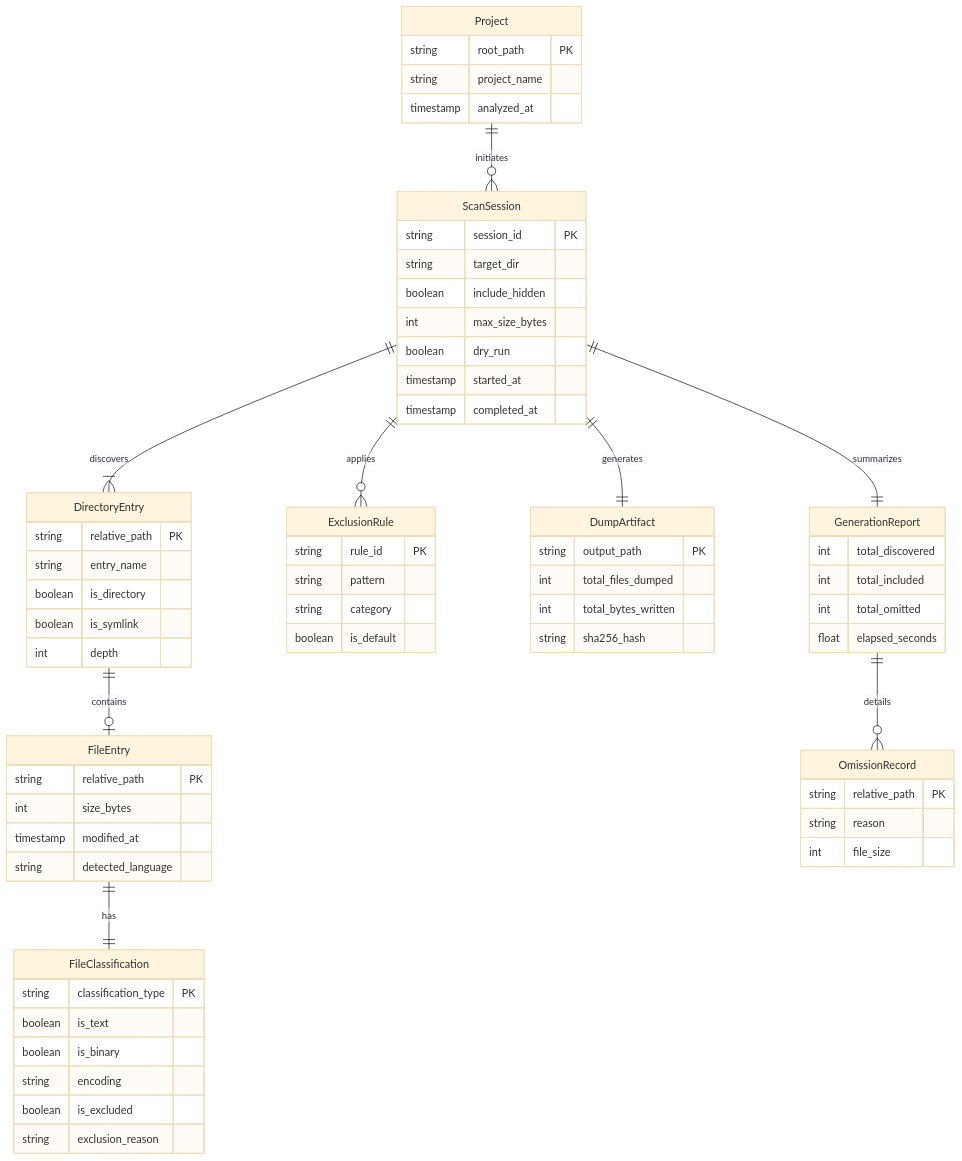
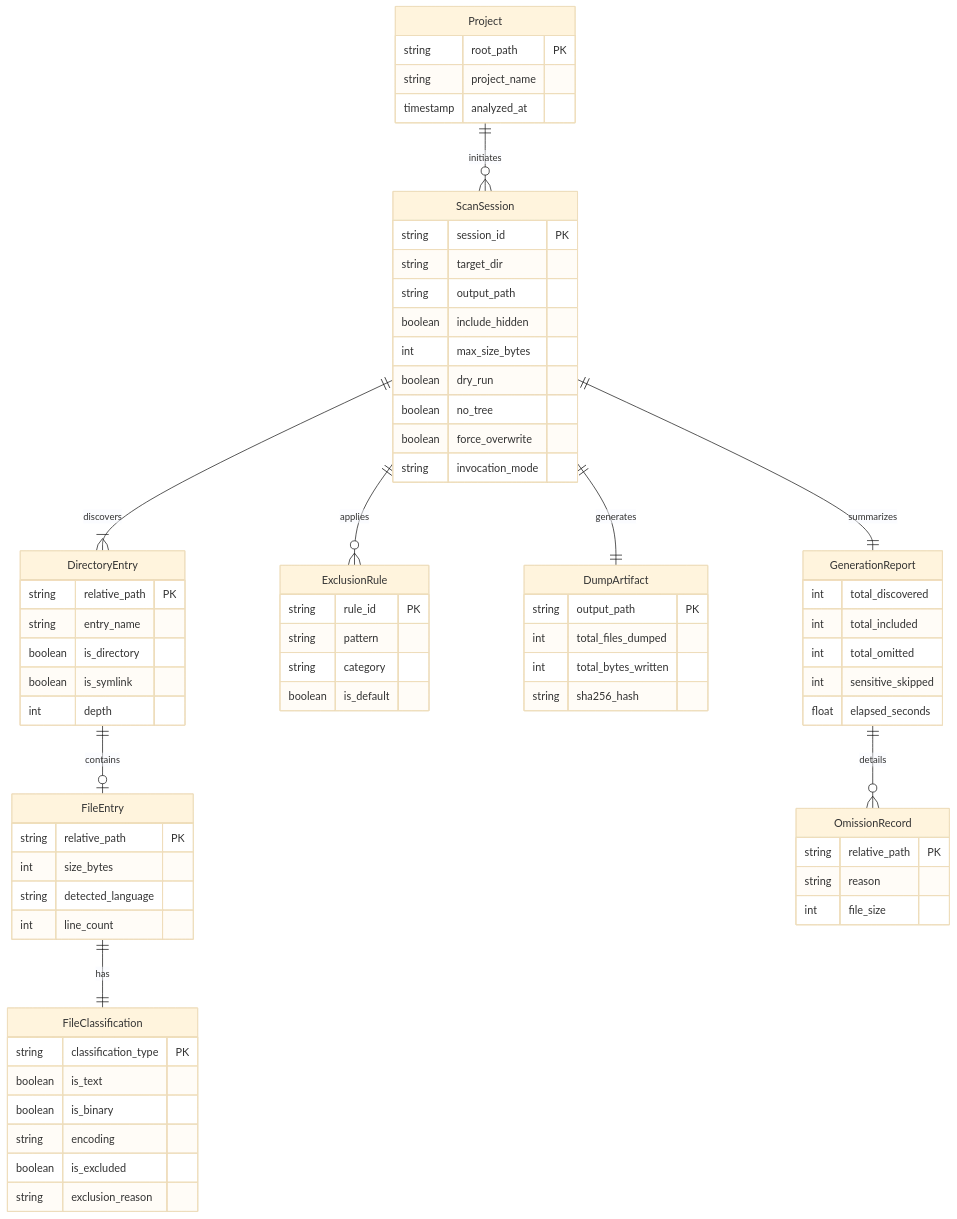
The first of 2 diagrams in docs/ERD.md (farhadakhtar/code_dumper), drawn with Mermaid (base theme) before and after one commit. The commit also changed other lines of this file and 1 other file, not shown here.

````diff
--- a/docs/ERD.md
+++ b/docs/ERD.md
@@ -36,78 +42,81 @@
 ```mermaid
 erDiagram
     Project ||--o{ ScanSession : "initiates"
     ScanSession ||--|{ DirectoryEntry : "discovers"
     ScanSession ||--o{ ExclusionRule : "applies"
     DirectoryEntry ||--o| FileEntry : "contains"
     FileEntry ||--|| FileClassification : "has"
     ScanSession ||--|| DumpArtifact : "generates"
     ScanSession ||--|| GenerationReport : "summarizes"
     GenerationReport ||--o{ OmissionRecord : "details"
 
     Project {
         string root_path PK
         string project_name
         timestamp analyzed_at
     }
 
     ScanSession {
         string session_id PK
         string target_dir
+        string output_path
         boolean include_hidden
         int max_size_bytes
         boolean dry_run
-        timestamp started_at
-        timestamp completed_at
+        boolean no_tree
+        boolean force_overwrite
+        string invocation_mode
     }
 
     ExclusionRule {
         string rule_id PK
         string pattern
         string category
         boolean is_default
     }
 
     DirectoryEntry {
         string relative_path PK
         string entry_name
         boolean is_directory
         boolean is_symlink
         int depth
     }
 
     FileEntry {
         string relative_path PK
         int size_bytes
-        timestamp modified_at
         string detected_language
+        int line_count
     }
 
     FileClassification {
         string classification_type PK
         boolean is_text
         boolean is_binary
         string encoding
         boolean is_excluded
         string exclusion_reason
     }
 
     DumpArtifact {
         string output_path PK
         int total_files_dumped
         int total_bytes_written
         string sha256_hash
     }
 
     GenerationReport {
         int total_discovered
         int total_included
         int total_omitted
+        int sensitive_skipped
         float elapsed_seconds
     }
 
     OmissionRecord {
         string relative_path PK
         string reason
         int file_size
     }
 ```
````
